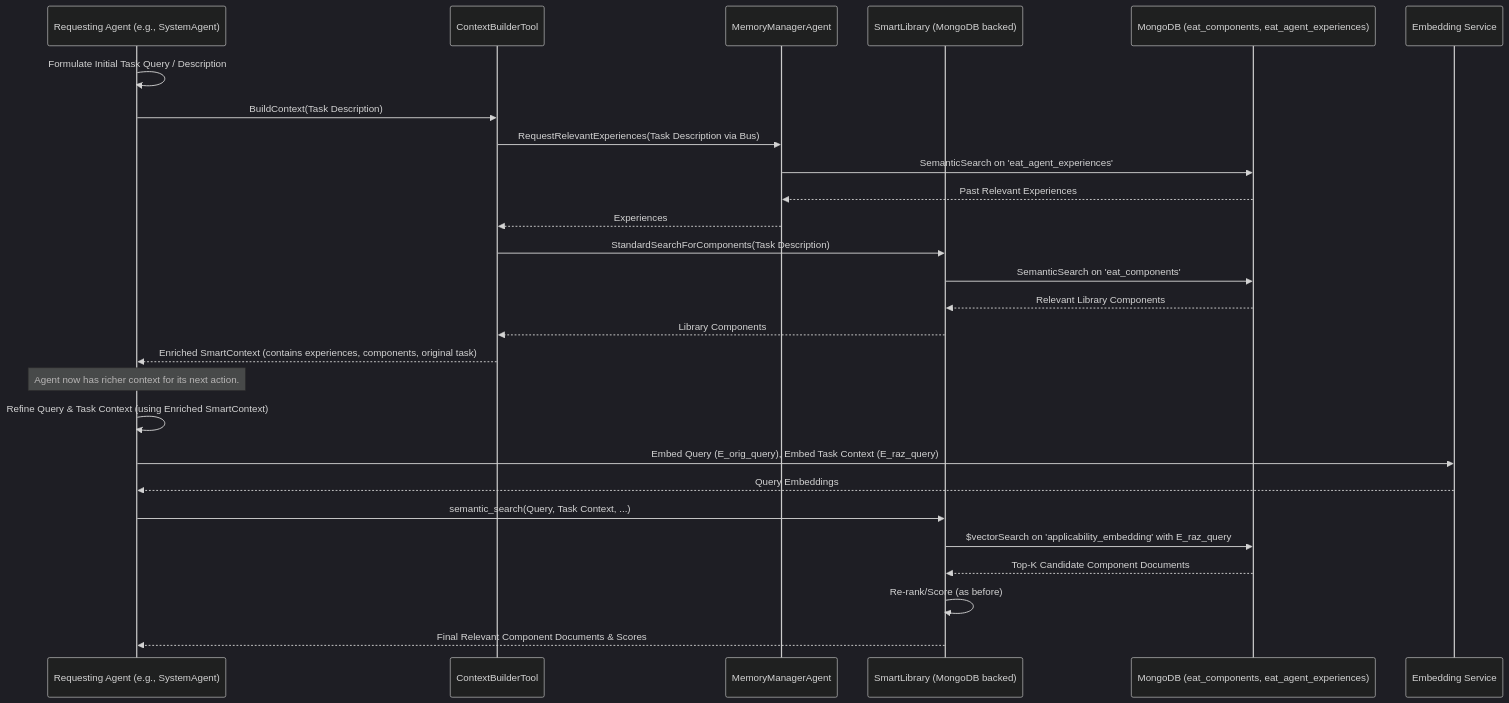
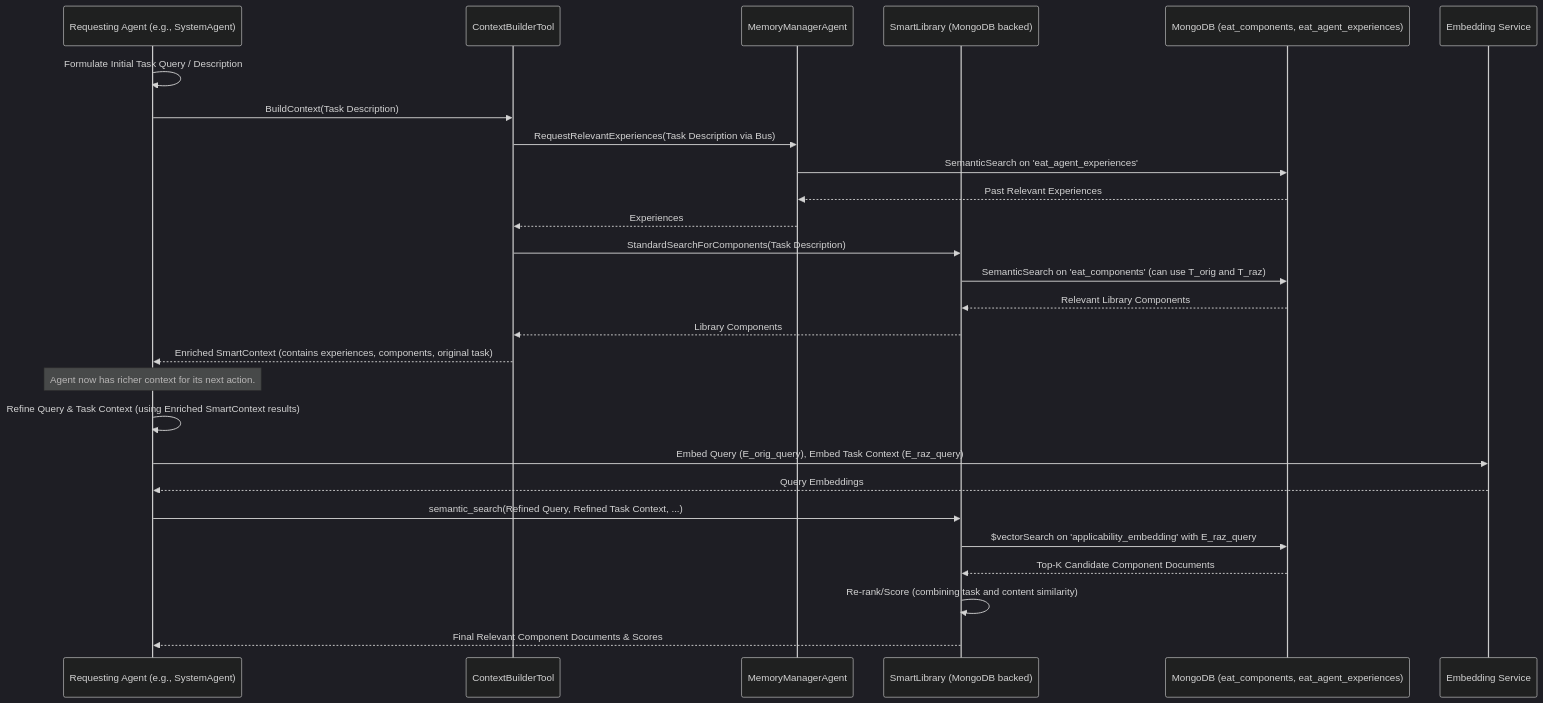
The fourth of 5 diagrams in docs/ARCHITECTURE.md (matiasmolinas/evolving-agents), drawn with Mermaid (dark theme) before and after one commit. The commit also changed other lines of this file, not shown here.

Commit message:
fix architecture document

````diff
--- a/docs/ARCHITECTURE.md
+++ b/docs/ARCHITECTURE.md
@@ -246,32 +351,32 @@
 ```mermaid
 sequenceDiagram
     participant Agent as Requesting Agent (e.g., SystemAgent)
     participant CtxBuilder as ContextBuilderTool
     participant MMA as MemoryManagerAgent
     participant SL as SmartLibrary (MongoDB backed)
     participant MongoDB as MongoDB (eat_components, eat_agent_experiences)
     participant LLM_Emb as Embedding Service
 
     Agent->>Agent: Formulate Initial Task Query / Description
     Agent->>CtxBuilder: BuildContext(Task Description)
     CtxBuilder->>MMA: RequestRelevantExperiences(Task Description via Bus)
     MMA->>MongoDB: SemanticSearch on 'eat_agent_experiences'
     MongoDB-->>MMA: Past Relevant Experiences
     MMA-->>CtxBuilder: Experiences
     CtxBuilder->>SL: StandardSearchForComponents(Task Description)
-    SL->>MongoDB: SemanticSearch on 'eat_components'
+    SL->>MongoDB: SemanticSearch on 'eat_components' (can use T_orig and T_raz)
     MongoDB-->>SL: Relevant Library Components
     SL-->>CtxBuilder: Library Components
     CtxBuilder-->>Agent: Enriched SmartContext (contains experiences, components, original task)
     
     Note over Agent: Agent now has richer context for its next action.
-    Agent->>Agent: Refine Query & Task Context (using Enriched SmartContext)
+    Agent->>Agent: Refine Query & Task Context (using Enriched SmartContext results)
     Agent->>LLM_Emb: Embed Query (E_orig_query), Embed Task Context (E_raz_query)
     LLM_Emb-->>Agent: Query Embeddings
 
-    Agent->>SL: semantic_search(Query, Task Context, ...)
+    Agent->>SL: semantic_search(Refined Query, Refined Task Context, ...)
     SL->>MongoDB: $vectorSearch on 'applicability_embedding' with E_raz_query
     MongoDB-->>SL: Top-K Candidate Component Documents
-    SL->>SL: Re-rank/Score (as before)
+    SL->>SL: Re-rank/Score (combining task and content similarity)
     SL-->>Agent: Final Relevant Component Documents & Scores
 ```
````
